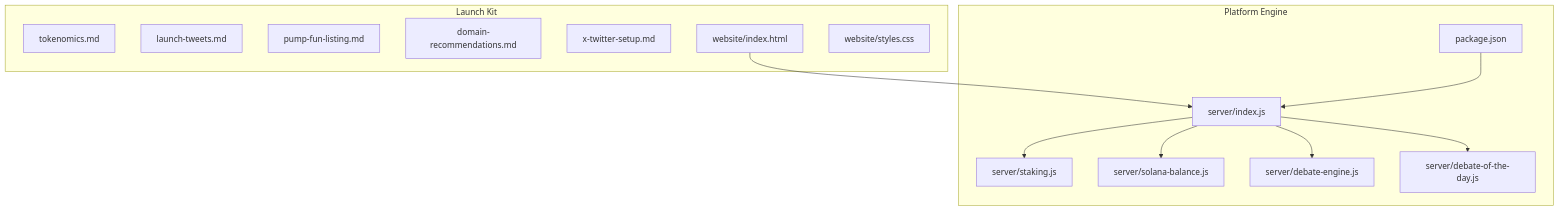
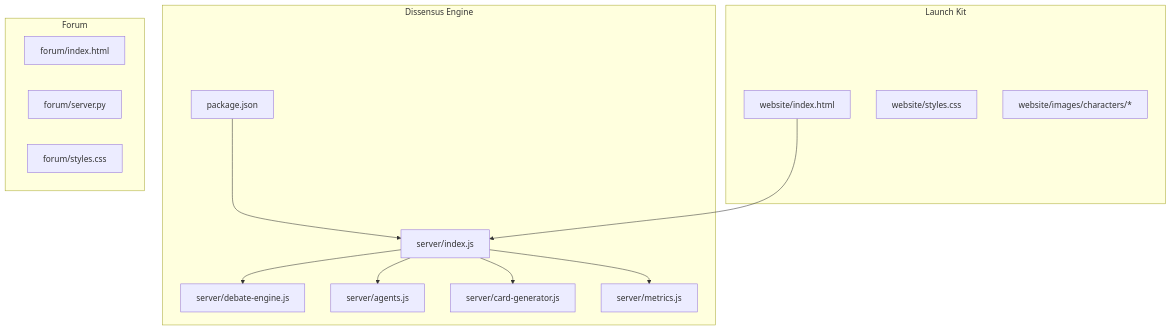
The first of 4 diagrams in .qoder/repowiki/en/content/Blockchain Integration/Tokenomics & Economic Model.md (RunTimeAdmin/tri-ai), drawn with Mermaid before and after one commit. The commit also changed other lines of this file and 46 other files, not shown here.

````diff
--- a/.qoder/repowiki/en/content/Blockchain Integration/Tokenomics & Economic Model.md
+++ b/.qoder/repowiki/en/content/Blockchain Integration/Tokenomics & Economic Model.md
@@ -40,26 +45,27 @@
 ```mermaid
 graph TB
+subgraph "Dissensus Engine"
+E1["server/index.js"]
+E2["server/debate-engine.js"]
+E3["server/agents.js"]
+E4["server/card-generator.js"]
+E5["server/metrics.js"]
+E6["package.json"]
+end
 subgraph "Launch Kit"
-TK1["tokenomics.md"]
-TK2["launch-tweets.md"]
-TK3["pump-fun-listing.md"]
-TK4["domain-recommendations.md"]
-TK5["x-twitter-setup.md"]
-TK6["website/index.html"]
-TK7["website/styles.css"]
+L1["website/index.html"]
+L2["website/styles.css"]
+L3["website/images/characters/*"]
 end
-subgraph "Platform Engine"
-PE1["server/index.js"]
-PE2["server/staking.js"]
-PE3["server/solana-balance.js"]
-PE4["server/debate-engine.js"]
-PE5["server/debate-of-the-day.js"]
-PE6["package.json"]
+subgraph "Forum"
+F1["forum/index.html"]
+F2["forum/server.py"]
+F3["forum/styles.css"]
 end
-TK6 --> PE1
-PE1 --> PE2
-PE1 --> PE3
-PE1 --> PE4
-PE1 --> PE5
-PE6 --> PE1
+E1 --> E2
+E1 --> E3
+E1 --> E4
+E1 --> E5
+E6 --> E1
+L1 --> E1
 ```
````
